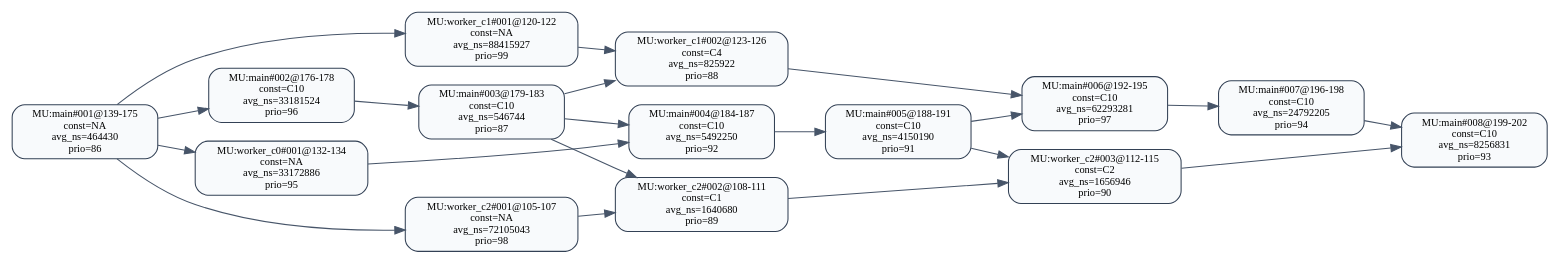
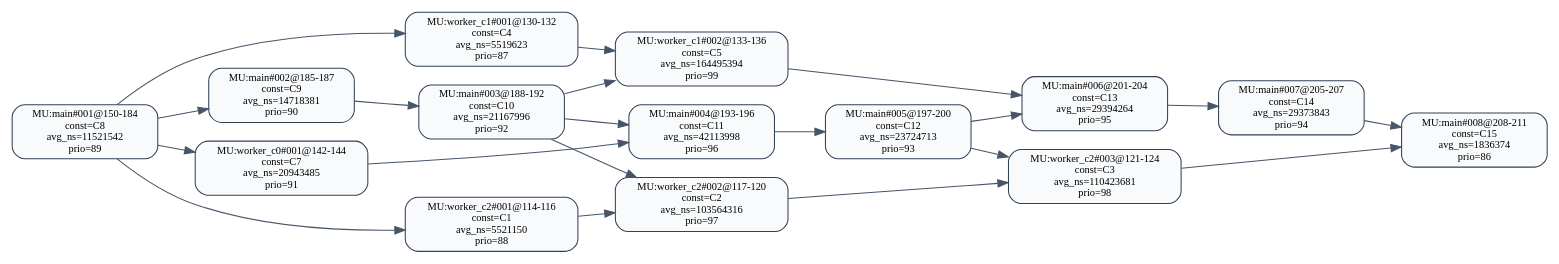
Before and after one commit to RTS-SYSU/DAG-Gen: the diagram in 中间结果/zhang2/pipeline/validation/level2/effective_line_merge/wcet_first/dag_seg_annotated.dot, drawn with Graphviz. The commit also changed 4464 other files, not shown here.

```diff
--- a/中间结果/zhang2/pipeline/validation/level2/effective_line_merge/wcet_first/dag_seg_annotated.dot
+++ b/中间结果/zhang2/pipeline/validation/level2/effective_line_merge/wcet_first/dag_seg_annotated.dot
@@ -1,38 +1,38 @@
 digraph dag_seg_annotated {
   rankdir=LR;
   node [shape=box, style="rounded,filled", fillcolor="#F8FAFC", color="#334155", fontsize=10];
   edge [color="#475569"];
-  "MU:main#001@139-175" [label="MU:main#001@139-175\nconst=NA\navg_ns=464430\nprio=86"];
-  "MU:main#002@176-178" [label="MU:main#002@176-178\nconst=C10\navg_ns=33181524\nprio=96"];
-  "MU:main#003@179-183" [label="MU:main#003@179-183\nconst=C10\navg_ns=546744\nprio=87"];
-  "MU:main#004@184-187" [label="MU:main#004@184-187\nconst=C10\navg_ns=5492250\nprio=92"];
-  "MU:main#005@188-191" [label="MU:main#005@188-191\nconst=C10\navg_ns=4150190\nprio=91"];
-  "MU:main#006@192-195" [label="MU:main#006@192-195\nconst=C10\navg_ns=62293281\nprio=97"];
-  "MU:main#007@196-198" [label="MU:main#007@196-198\nconst=C10\navg_ns=24792205\nprio=94"];
-  "MU:main#008@199-202" [label="MU:main#008@199-202\nconst=C10\navg_ns=8256831\nprio=93"];
-  "MU:worker_c0#001@132-134" [label="MU:worker_c0#001@132-134\nconst=NA\navg_ns=33172886\nprio=95"];
-  "MU:worker_c1#001@120-122" [label="MU:worker_c1#001@120-122\nconst=NA\navg_ns=88415927\nprio=99"];
-  "MU:worker_c1#002@123-126" [label="MU:worker_c1#002@123-126\nconst=C4\navg_ns=825922\nprio=88"];
-  "MU:worker_c2#001@105-107" [label="MU:worker_c2#001@105-107\nconst=NA\navg_ns=72105043\nprio=98"];
-  "MU:worker_c2#002@108-111" [label="MU:worker_c2#002@108-111\nconst=C1\navg_ns=1640680\nprio=89"];
-  "MU:worker_c2#003@112-115" [label="MU:worker_c2#003@112-115\nconst=C2\navg_ns=1656946\nprio=90"];
-  "MU:worker_c2#001@105-107" -> "MU:worker_c2#002@108-111";
-  "MU:worker_c2#002@108-111" -> "MU:worker_c2#003@112-115";
-  "MU:worker_c1#001@120-122" -> "MU:worker_c1#002@123-126";
-  "MU:main#001@139-175" -> "MU:main#002@176-178";
-  "MU:main#002@176-178" -> "MU:main#003@179-183";
-  "MU:main#003@179-183" -> "MU:main#004@184-187";
-  "MU:main#004@184-187" -> "MU:main#005@188-191";
-  "MU:main#005@188-191" -> "MU:main#006@192-195";
-  "MU:main#006@192-195" -> "MU:main#007@196-198";
-  "MU:main#007@196-198" -> "MU:main#008@199-202";
-  "MU:main#001@139-175" -> "MU:worker_c0#001@132-134";
-  "MU:main#001@139-175" -> "MU:worker_c1#001@120-122";
-  "MU:main#001@139-175" -> "MU:worker_c2#001@105-107";
-  "MU:worker_c0#001@132-134" -> "MU:main#004@184-187";
-  "MU:worker_c1#002@123-126" -> "MU:main#006@192-195";
-  "MU:worker_c2#003@112-115" -> "MU:main#008@199-202";
-  "MU:main#003@179-183" -> "MU:worker_c2#002@108-111";
-  "MU:main#005@188-191" -> "MU:worker_c2#003@112-115";
-  "MU:main#003@179-183" -> "MU:worker_c1#002@123-126";
+  "MU:main#001@150-184" [label="MU:main#001@150-184\nconst=C8\navg_ns=11521542\nprio=89"];
+  "MU:main#002@185-187" [label="MU:main#002@185-187\nconst=C9\navg_ns=14718381\nprio=90"];
+  "MU:main#003@188-192" [label="MU:main#003@188-192\nconst=C10\navg_ns=21167996\nprio=92"];
+  "MU:main#004@193-196" [label="MU:main#004@193-196\nconst=C11\navg_ns=42113998\nprio=96"];
+  "MU:main#005@197-200" [label="MU:main#005@197-200\nconst=C12\navg_ns=23724713\nprio=93"];
+  "MU:main#006@201-204" [label="MU:main#006@201-204\nconst=C13\navg_ns=29394264\nprio=95"];
+  "MU:main#007@205-207" [label="MU:main#007@205-207\nconst=C14\navg_ns=29373843\nprio=94"];
+  "MU:main#008@208-211" [label="MU:main#008@208-211\nconst=C15\navg_ns=1836374\nprio=86"];
+  "MU:worker_c0#001@142-144" [label="MU:worker_c0#001@142-144\nconst=C7\navg_ns=20943485\nprio=91"];
+  "MU:worker_c1#001@130-132" [label="MU:worker_c1#001@130-132\nconst=C4\navg_ns=5519623\nprio=87"];
+  "MU:worker_c1#002@133-136" [label="MU:worker_c1#002@133-136\nconst=C5\navg_ns=164495394\nprio=99"];
+  "MU:worker_c2#001@114-116" [label="MU:worker_c2#001@114-116\nconst=C1\navg_ns=5521150\nprio=88"];
+  "MU:worker_c2#002@117-120" [label="MU:worker_c2#002@117-120\nconst=C2\navg_ns=103564316\nprio=97"];
+  "MU:worker_c2#003@121-124" [label="MU:worker_c2#003@121-124\nconst=C3\navg_ns=110423681\nprio=98"];
+  "MU:worker_c2#001@114-116" -> "MU:worker_c2#002@117-120";
+  "MU:worker_c2#002@117-120" -> "MU:worker_c2#003@121-124";
+  "MU:worker_c1#001@130-132" -> "MU:worker_c1#002@133-136";
+  "MU:main#001@150-184" -> "MU:main#002@185-187";
+  "MU:main#002@185-187" -> "MU:main#003@188-192";
+  "MU:main#003@188-192" -> "MU:main#004@193-196";
+  "MU:main#004@193-196" -> "MU:main#005@197-200";
+  "MU:main#005@197-200" -> "MU:main#006@201-204";
+  "MU:main#006@201-204" -> "MU:main#007@205-207";
+  "MU:main#007@205-207" -> "MU:main#008@208-211";
+  "MU:main#001@150-184" -> "MU:worker_c0#001@142-144";
+  "MU:main#001@150-184" -> "MU:worker_c1#001@130-132";
+  "MU:main#001@150-184" -> "MU:worker_c2#001@114-116";
+  "MU:worker_c0#001@142-144" -> "MU:main#004@193-196";
+  "MU:worker_c1#002@133-136" -> "MU:main#006@201-204";
+  "MU:worker_c2#003@121-124" -> "MU:main#008@208-211";
+  "MU:main#003@188-192" -> "MU:worker_c2#002@117-120";
+  "MU:main#005@197-200" -> "MU:worker_c2#003@121-124";
+  "MU:main#003@188-192" -> "MU:worker_c1#002@133-136";
 }
```
